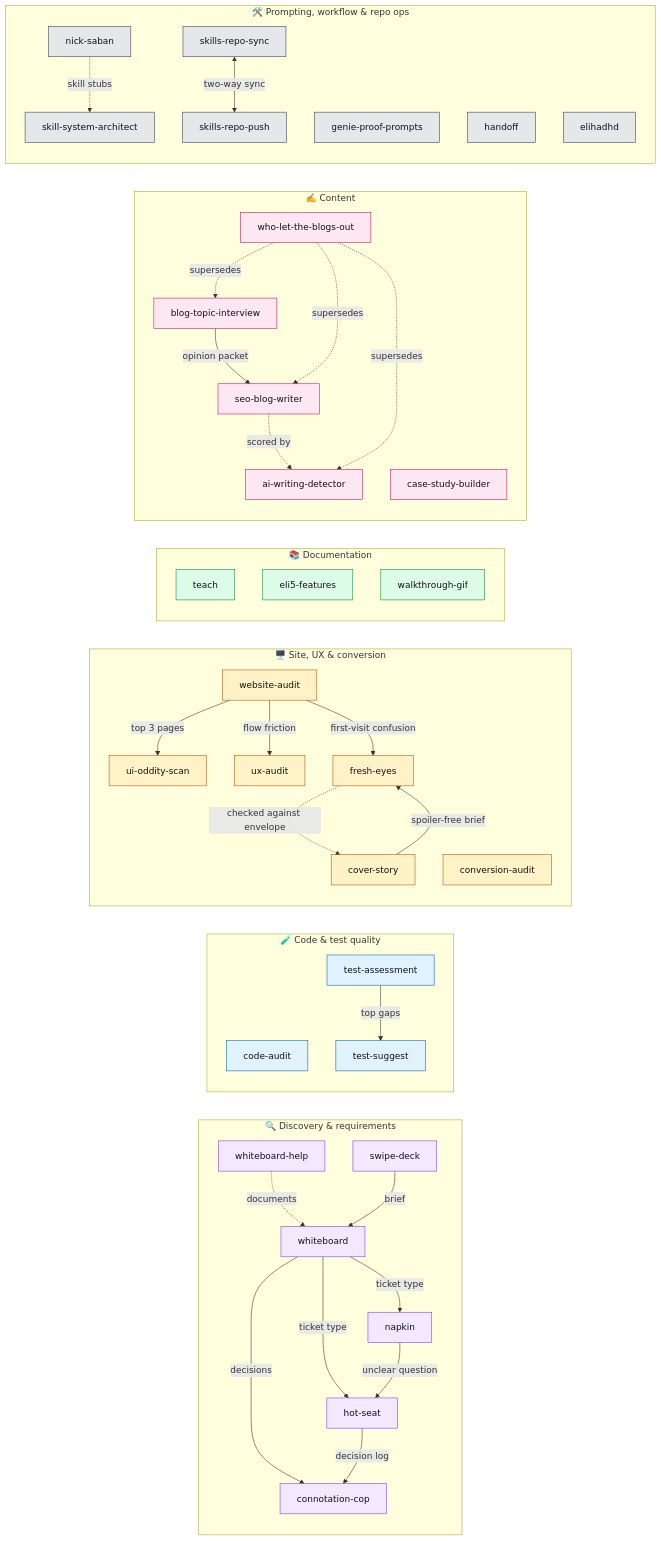
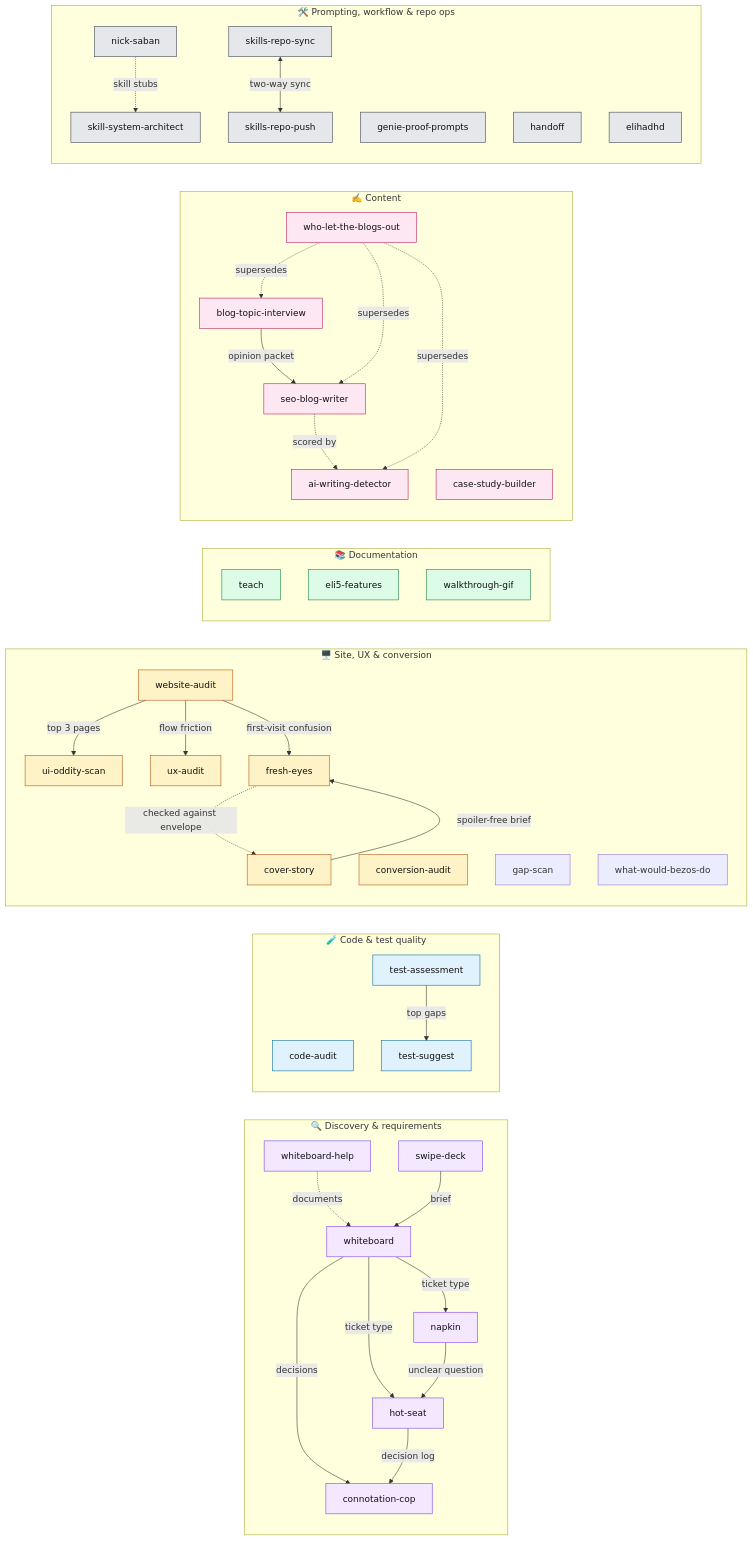
One commit to Theycallmeholla/skills changed the diagram in README.md. Above: the diagram before and after it, drawn with Mermaid. The commit also changed other lines of this file and 3 other files, not shown here.

First line of the commit message:
Add what-would-bezos-do skill

```diff
--- a/README.md
+++ b/README.md
@@ -67,6 +67,8 @@
         UX1[ux-audit]
         UO[ui-oddity-scan]
         CV[conversion-audit]
+        GS[gap-scan]
+        WWBD[what-would-bezos-do]
         FE[fresh-eyes]
         CS[cover-story]
     end
```
